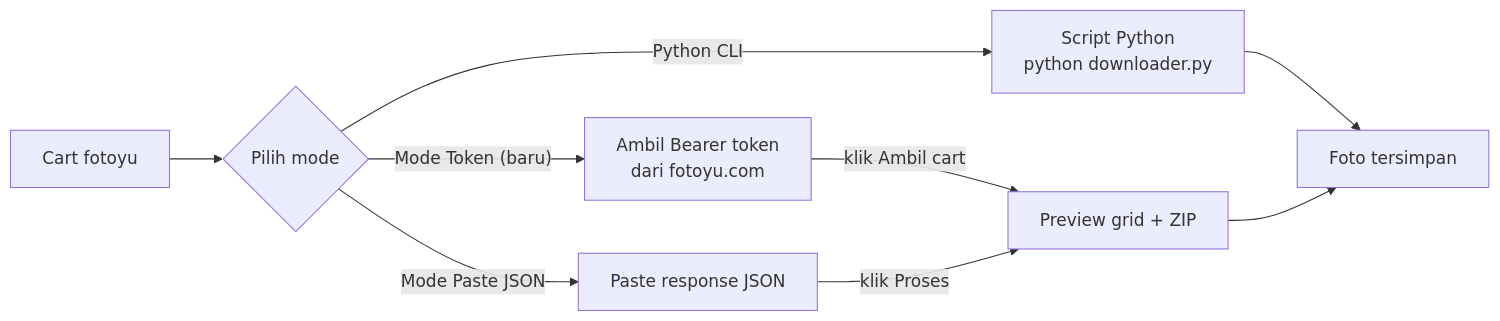
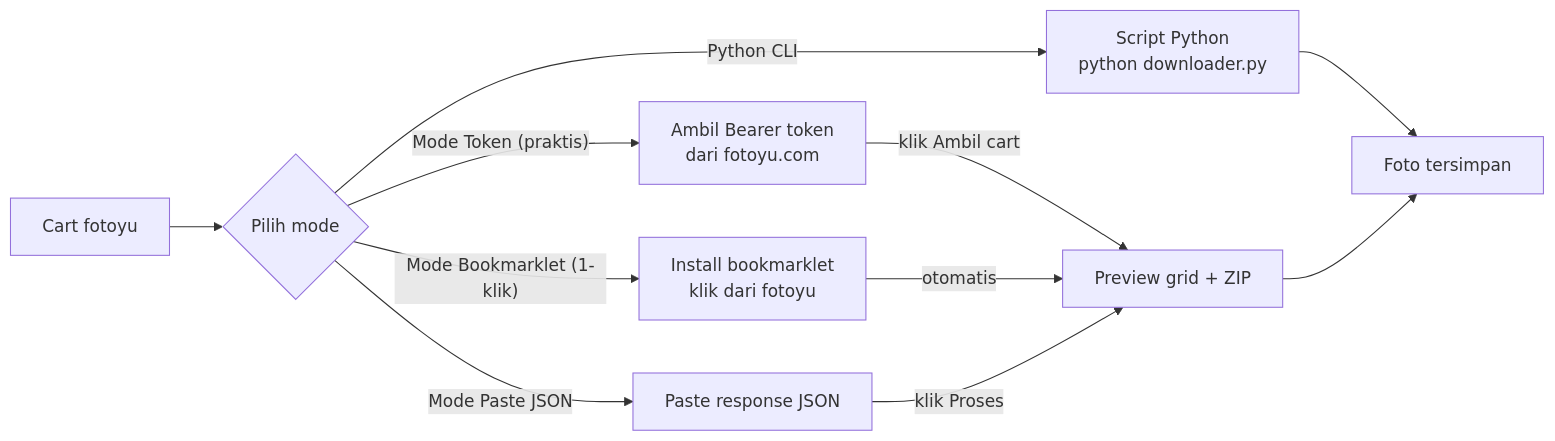
One commit to sayahafidz/fotoyu-downloader changed the first of 3 diagrams in README.md. Above: the diagram before and after it, drawn with Mermaid. The commit also changed other lines of this file and 3 other files, not shown here.

````diff
--- a/README.md
+++ b/README.md
@@ -60,11 +69,13 @@
 ```mermaid
 flowchart LR
     Response["Cart fotoyu"] --> A{Pilih mode}
-    A -->|"Mode Token (baru)"| Token["Ambil Bearer token<br/>dari fotoyu.com"]
+    A -->|"Mode Token (praktis)"| Token["Ambil Bearer token<br/>dari fotoyu.com"]
+    A -->|"Mode Bookmarklet (1-klik)"| Book["Install bookmarklet<br/>klik dari fotoyu"]
     A -->|"Mode Paste JSON"| Paste["Paste response JSON"]
     A -->|"Python CLI"| CLI["Script Python<br/>python downloader.py"]
     Token -->|"klik Ambil cart"| Preview["Preview grid + ZIP"]
+    Book -->|"otomatis"| Preview
     Paste -->|"klik Proses"| Preview
     CLI --> Result["Foto tersimpan"]
     Preview --> Result
 ```
````
